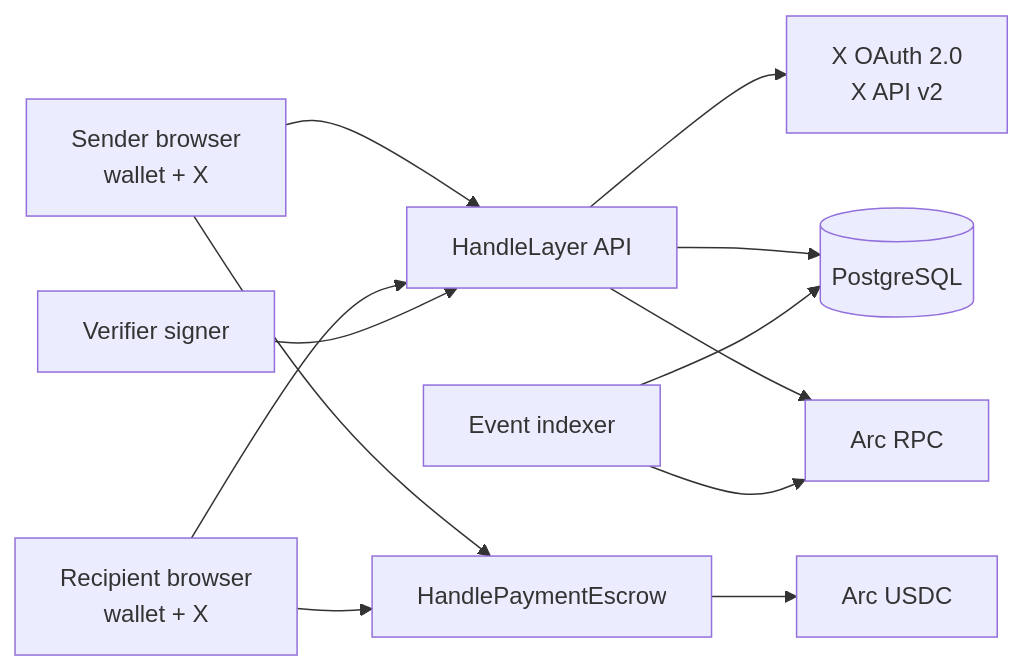
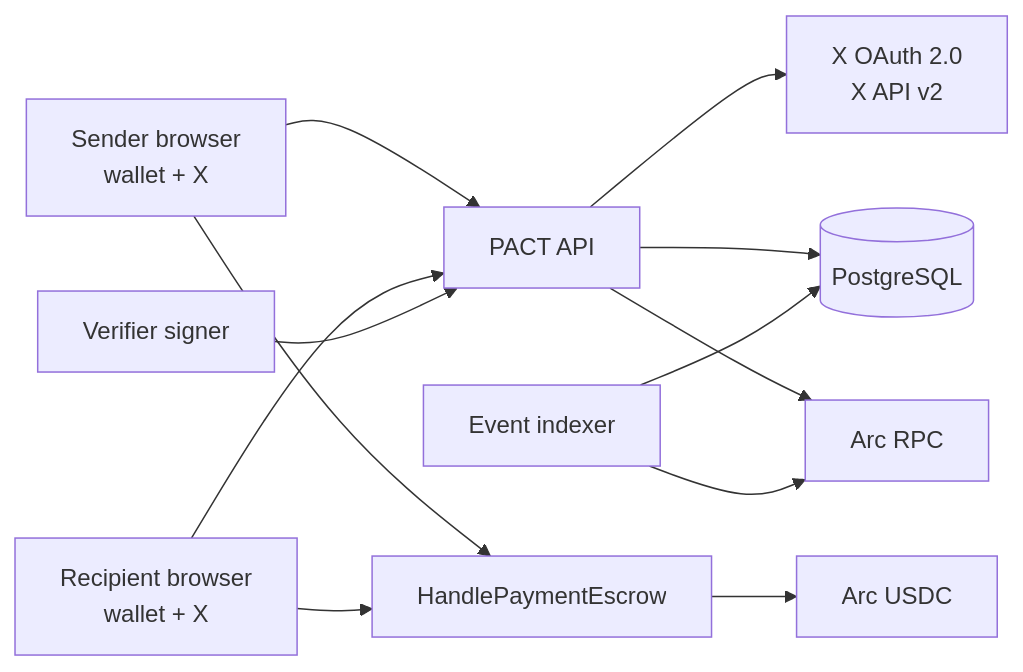
The first of 3 diagrams in docs/architecture.md (sorbitov/trace-project), drawn with Mermaid before and after one commit. The commit also changed other lines of this file and 33 other files, not shown here.

````diff
--- a/docs/architecture.md
+++ b/docs/architecture.md
@@ -13,14 +13,14 @@
 ```mermaid
 flowchart LR
-    S[Sender browser<br/>wallet + X] --> API[HandleLayer API]
+    S[Sender browser<br/>wallet + X] --> API[PACT API]
     R[Recipient browser<br/>wallet + X] --> API
     API --> X[X OAuth 2.0<br/>X API v2]
     API --> DB[(PostgreSQL)]
     API --> RPC[Arc RPC]
     S --> ESCROW[HandlePaymentEscrow]
     R --> ESCROW
     ESCROW --> USDC[Arc USDC]
     IDX[Event indexer] --> RPC
     IDX --> DB
     SIGNER[Verifier signer] --> API
 ```
````
